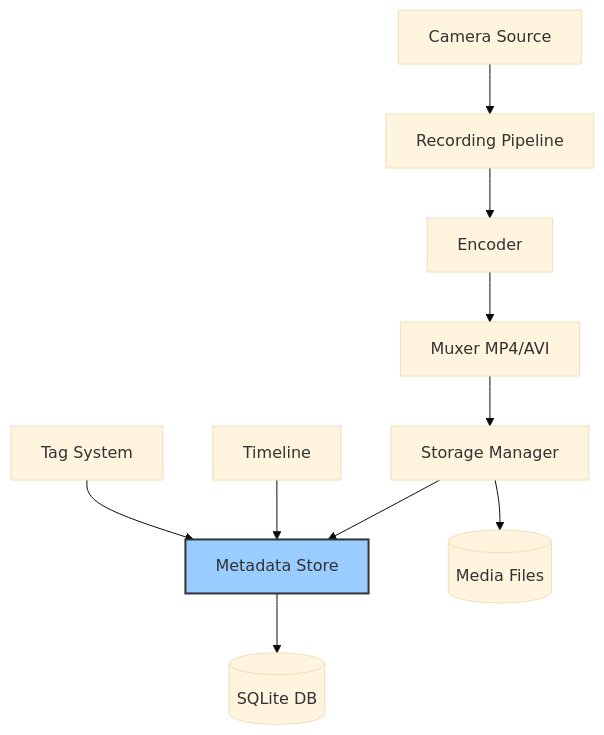
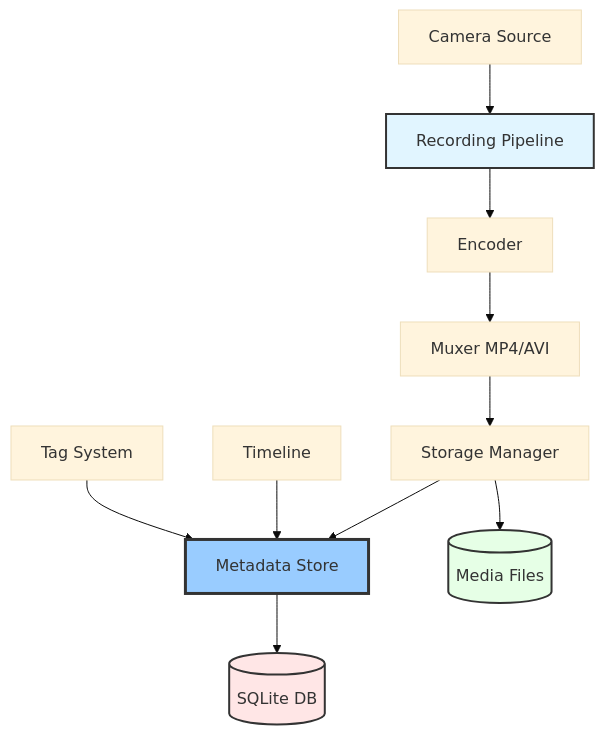
One commit to JayeshKakkad-Rotoclear/Rotoclear-C-Pro-Docs changed the diagram in docs/camera/recording.md. Above: the diagram before and after it, drawn with Mermaid (base theme). The commit also changed 14 other files, not shown here.

Commit message:
Improve Mermaid diagram formatting for better presentation - Added better spacing, styling, and layout - Enhanced readability with color coding and proper node alignment - Improved subgraph organization - Better decision tree layouts

````diff
--- a/docs/camera/recording.md
+++ b/docs/camera/recording.md
@@ -9,16 +9,19 @@
 ```mermaid
 graph TB
     Camera[Camera Source] --> Pipeline[Recording Pipeline]
     Pipeline --> Encoder[Encoder]
     Encoder --> Muxer[Muxer MP4/AVI]
     Muxer --> Storage[Storage Manager]
     
     Tags[Tag System] --> Metadata[Metadata Store]
     Timeline[Timeline] --> Metadata
     Storage --> Metadata
     
     Metadata --> SQLite[(SQLite DB)]
     Storage --> Files[(Media Files)]
     
-    style Metadata fill:#9cf,stroke:#333,stroke-width:2px
+    style Pipeline fill:#e1f5ff,stroke:#333,stroke-width:2px
+    style Metadata fill:#99ccff,stroke:#333,stroke-width:3px
+    style SQLite fill:#ffe6e6,stroke:#333,stroke-width:2px
+    style Files fill:#e6ffe6,stroke:#333,stroke-width:2px
 ```
````
